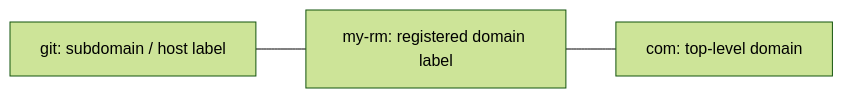
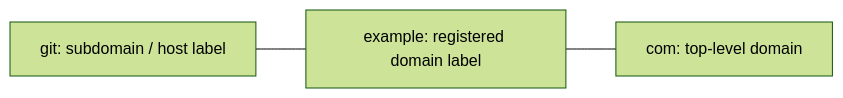
Before and after one commit to RyanM-Dev/My-Summery: diagram 16 of 28 in DevOps/NaNa/Linux/6. Networking Fundamentals.md, drawn with Mermaid (forest theme). The commit also changed other lines of this file and 25 other files, not shown here.

````diff
--- a/DevOps/NaNa/Linux/6. Networking Fundamentals.md
+++ b/DevOps/NaNa/Linux/6. Networking Fundamentals.md
@@ -968,8 +968,8 @@
 ```mermaid
 flowchart LR
     N0["git: subdomain / host label"]
-    N1["my-rm: registered domain label"]
+    N1["example: registered domain label"]
     N2["com: top-level domain"]
     N0 --- N1
     N1 --- N2
 ```
````
